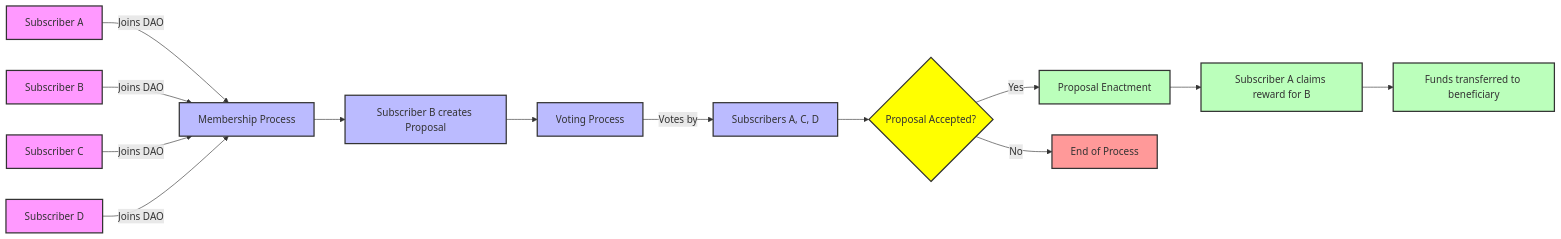
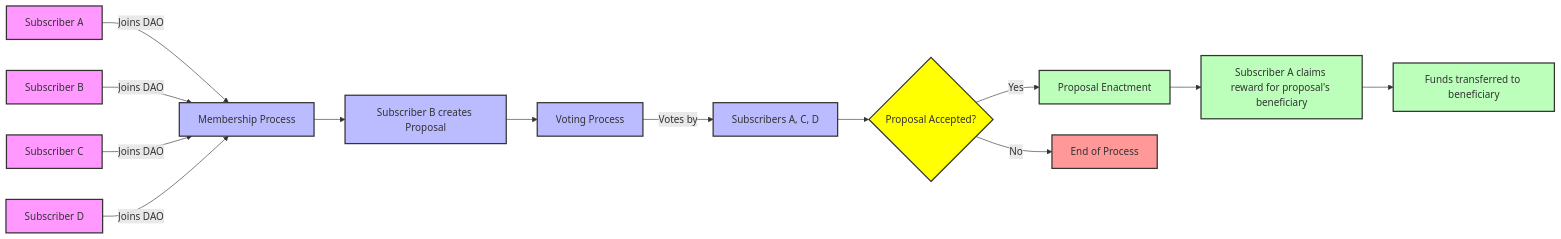
One commit to r0gue-io/pop-node changed the diagram in pop-api/examples/dao/README.md. Above: the diagram before and after it, drawn with Mermaid.

````diff
--- a/pop-api/examples/dao/README.md
+++ b/pop-api/examples/dao/README.md
@@ -25,29 +25,29 @@
 ```mermaid
 flowchart LR
     A[Subscriber A] -->|Joins DAO| M[Membership Process]
     B[Subscriber B] -->|Joins DAO| M
     C[Subscriber C] -->|Joins DAO| M
     D[Subscriber D] -->|Joins DAO| M
     M --> E[Subscriber B creates Proposal]
     E --> F[Voting Process]
     F -->|Votes by| G[Subscribers A, C, D]
     G --> H{Proposal Accepted?}
     H -- Yes --> I[Proposal Enactment]
     H -- No --> J[End of Process]
-    I --> K[Subscriber A claims reward for B]
+    I --> K[Subscriber A claims reward for proposal's beneficiary]
     K --> L[Funds transferred to beneficiary]
 
     style A fill:#f9f,stroke:#333,stroke-width:2px
     style B fill:#f9f,stroke:#333,stroke-width:2px
     style C fill:#f9f,stroke:#333,stroke-width:2px
     style D fill:#f9f,stroke:#333,stroke-width:2px
     style M fill:#bbf,stroke:#333,stroke-width:2px
     style E fill:#bbf,stroke:#333,stroke-width:2px
     style F fill:#bbf,stroke:#333,stroke-width:2px
     style G fill:#bbf,stroke:#333,stroke-width:2px
     style H fill:#ff0,stroke:#333,stroke-width:2px
     style I fill:#bfb,stroke:#333,stroke-width:2px
     style J fill:#f99,stroke:#333,stroke-width:2px
     style K fill:#bfb,stroke:#333,stroke-width:2px
     style L fill:#bfb,stroke:#333,stroke-width:2px
 ```
````
